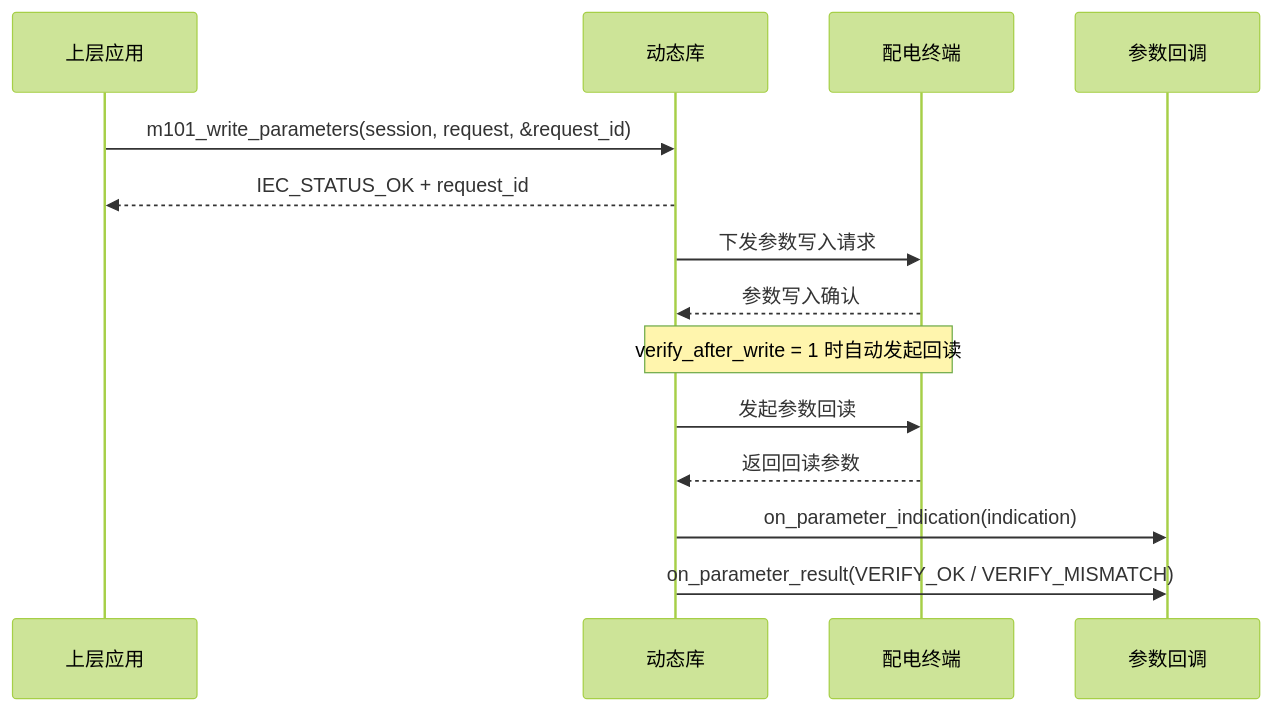
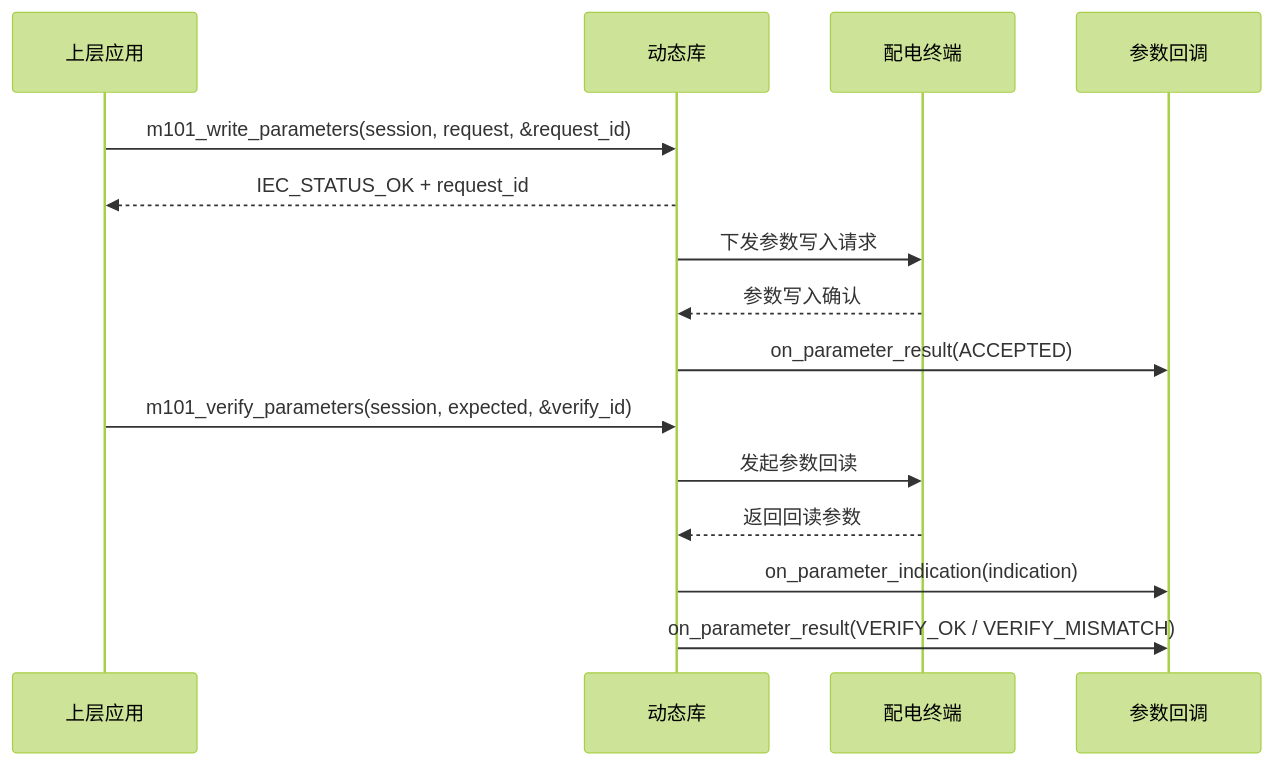
One commit to CcooLcyy/gw-protocol-sdk changed the seventh of 20 diagrams in doc/api/gw_protocol_sdk_api_design.md. Above: the diagram before and after it, drawn with Mermaid (forest theme). The commit also changed other lines of this file and 3 other files, not shown here.

````diff
--- a/doc/api/gw_protocol_sdk_api_design.md
+++ b/doc/api/gw_protocol_sdk_api_design.md
@@ -2137,17 +2154,18 @@
 ```mermaid
 sequenceDiagram
     participant 应用 as 上层应用
     participant 库 as 动态库
     participant 终端 as 配电终端
     participant 回调 as 参数回调
 
     应用->>库: m101_write_parameters(session, request, &request_id)
     库-->>应用: IEC_STATUS_OK + request_id
     库->>终端: 下发参数写入请求
     终端-->>库: 参数写入确认
-    Note over 库,终端: verify_after_write = 1 时自动发起回读
+    库->>回调: on_parameter_result(ACCEPTED)
+    应用->>库: m101_verify_parameters(session, expected, &verify_id)
     库->>终端: 发起参数回读
     终端-->>库: 返回回读参数
     库->>回调: on_parameter_indication(indication)
     库->>回调: on_parameter_result(VERIFY_OK / VERIFY_MISMATCH)
 ```
````
